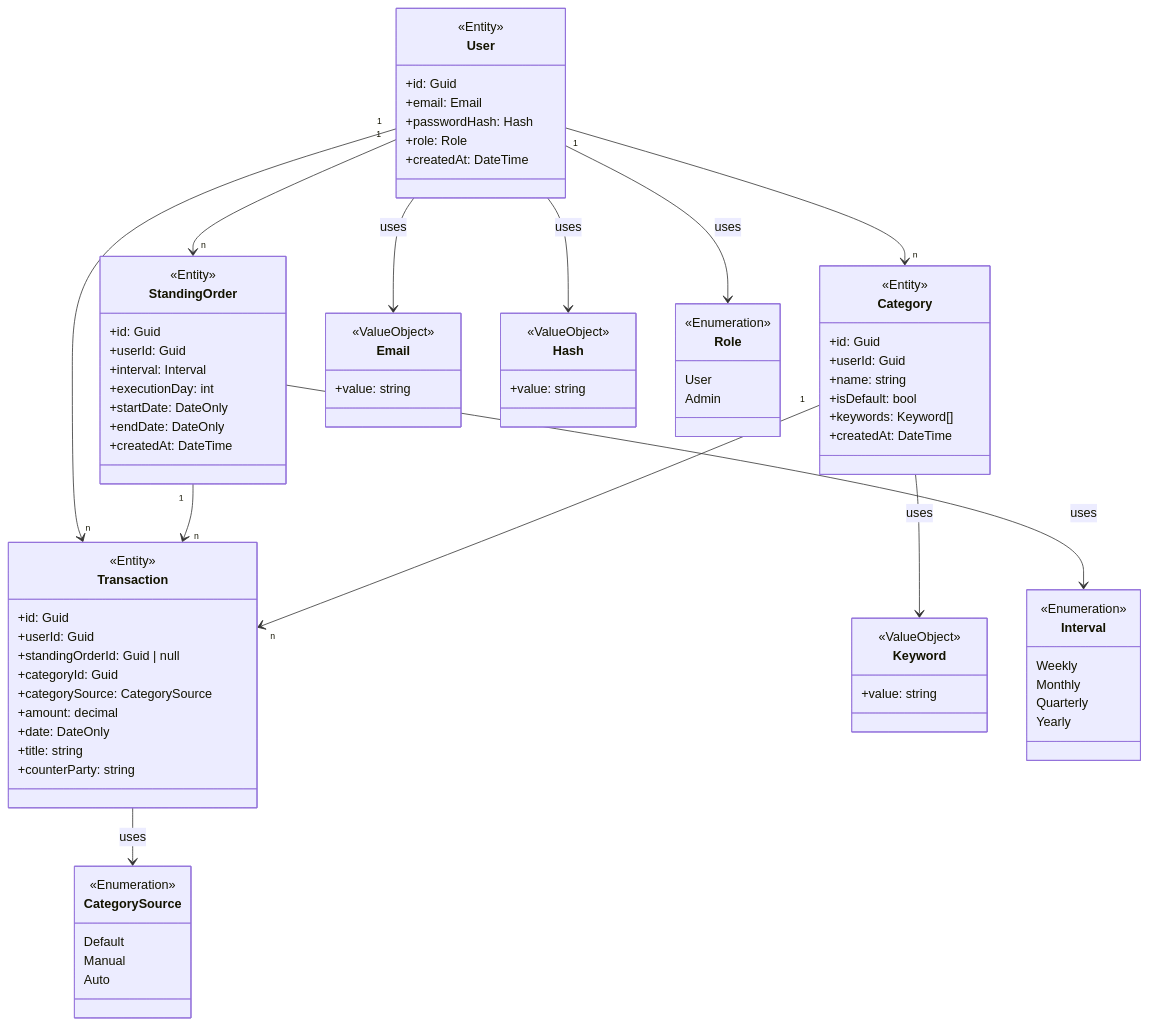
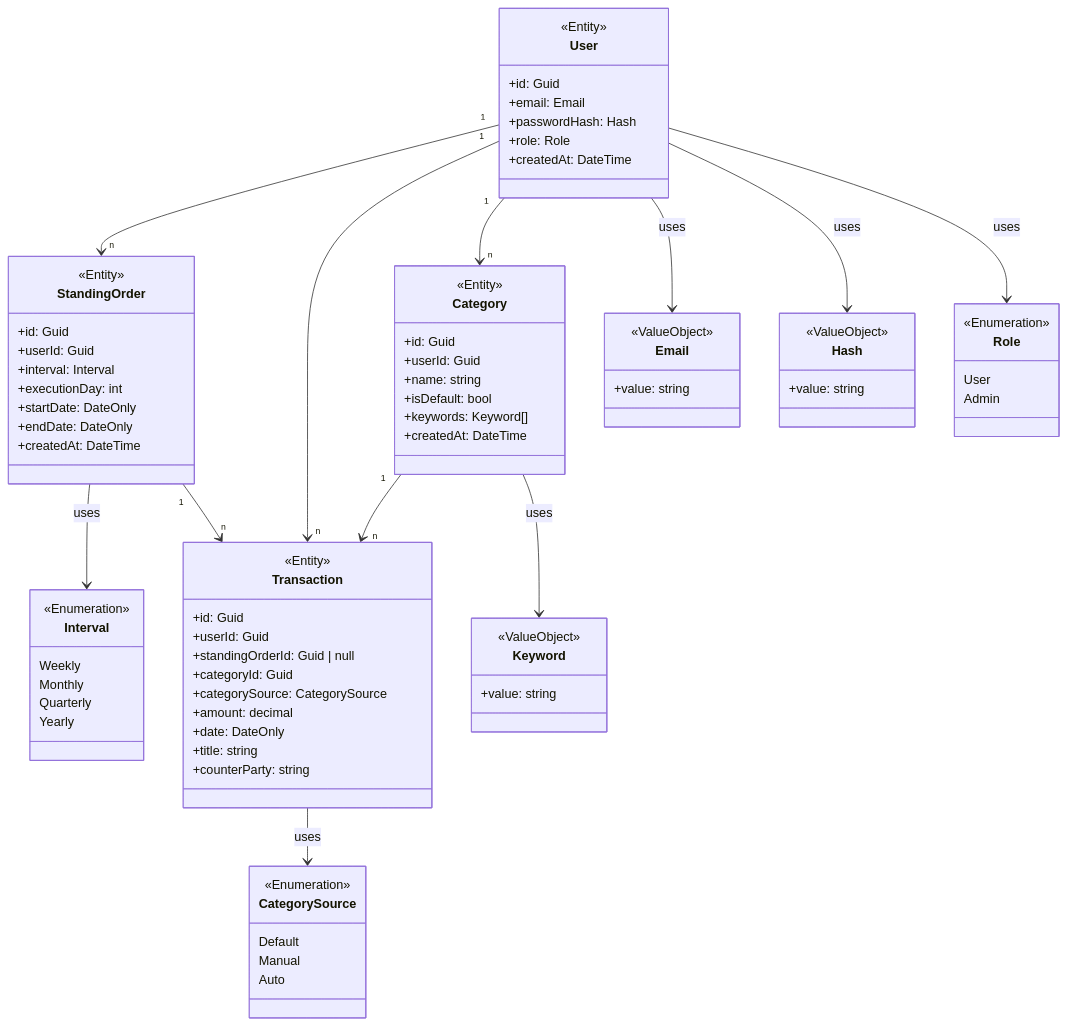
The diagram in docs/backend/Layers/Domain.md (MoritzLue24/Broke-Manager), drawn with Mermaid before and after one commit.

Commit message:
uml formatting

````diff
--- a/docs/backend/Layers/Domain.md
+++ b/docs/backend/Layers/Domain.md
@@ -90,7 +90,6 @@
     }
 
 
-
     class Email {
         <<ValueObject>>
         +value: string
@@ -130,19 +129,17 @@
     }
 
 
-
+	User "1" --> "n" StandingOrder
+	StandingOrder --> Interval : uses
+	StandingOrder "1" --> "n" Transaction
+	User "1" --> "n" Transaction
+	User "1" --> "n" Category
+    Category "1" --> "n" Transaction
+    
     User --> Email : uses
     User --> Hash : uses
     User --> Role : uses
-
-	User "1" --> "n" Transaction
-	User "1" --> "n" StandingOrder
-	User "1" --> "n" Category
-	
-	Transaction --> CategorySource : uses
-    StandingOrder --> Interval : uses
+    
+    Transaction --> CategorySource : uses
     Category --> Keyword : uses
-    
-    StandingOrder "1" --> "n" Transaction
-    Category "1" --> "n" Transaction
 ```
````
